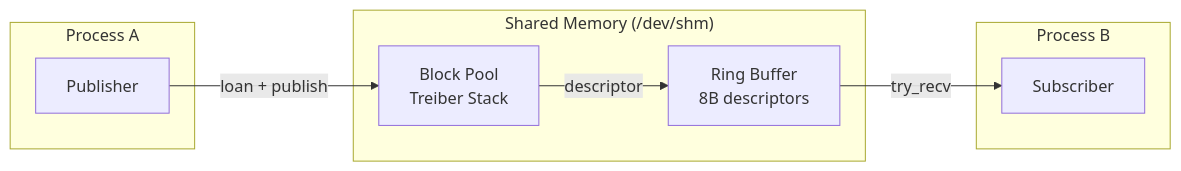
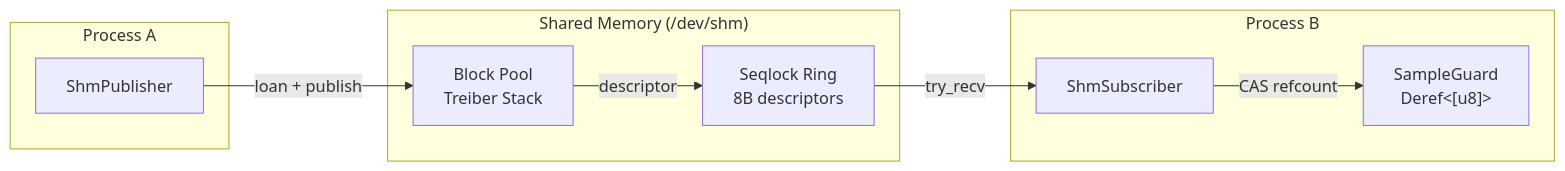
One commit to userFRM/crossbar changed the third of 3 diagrams in README.md. Above: the diagram before and after it, drawn with Mermaid. The commit also changed other lines of this file and 35 other files, not shown here.

````diff
--- a/README.md
+++ b/README.md
@@ -129,19 +178,21 @@
 ```mermaid
 graph LR
     subgraph "Process A"
-        PUB["Publisher"]
+        PUB["ShmPublisher"]
     end
 
     subgraph "Shared Memory (/dev/shm)"
         POOL["Block Pool<br/>Treiber Stack"]
-        RING["Ring Buffer<br/>8B descriptors"]
+        RING["Seqlock Ring<br/>8B descriptors"]
     end
 
     subgraph "Process B"
-        SUB["Subscriber"]
+        SUB["ShmSubscriber"]
+        GUARD["SampleGuard<br/>Deref<[u8]>"]
     end
 
     PUB -->|"loan + publish"| POOL
     POOL -->|"descriptor"| RING
     RING -->|"try_recv"| SUB
+    SUB -->|"CAS refcount"| GUARD
 ```
````
